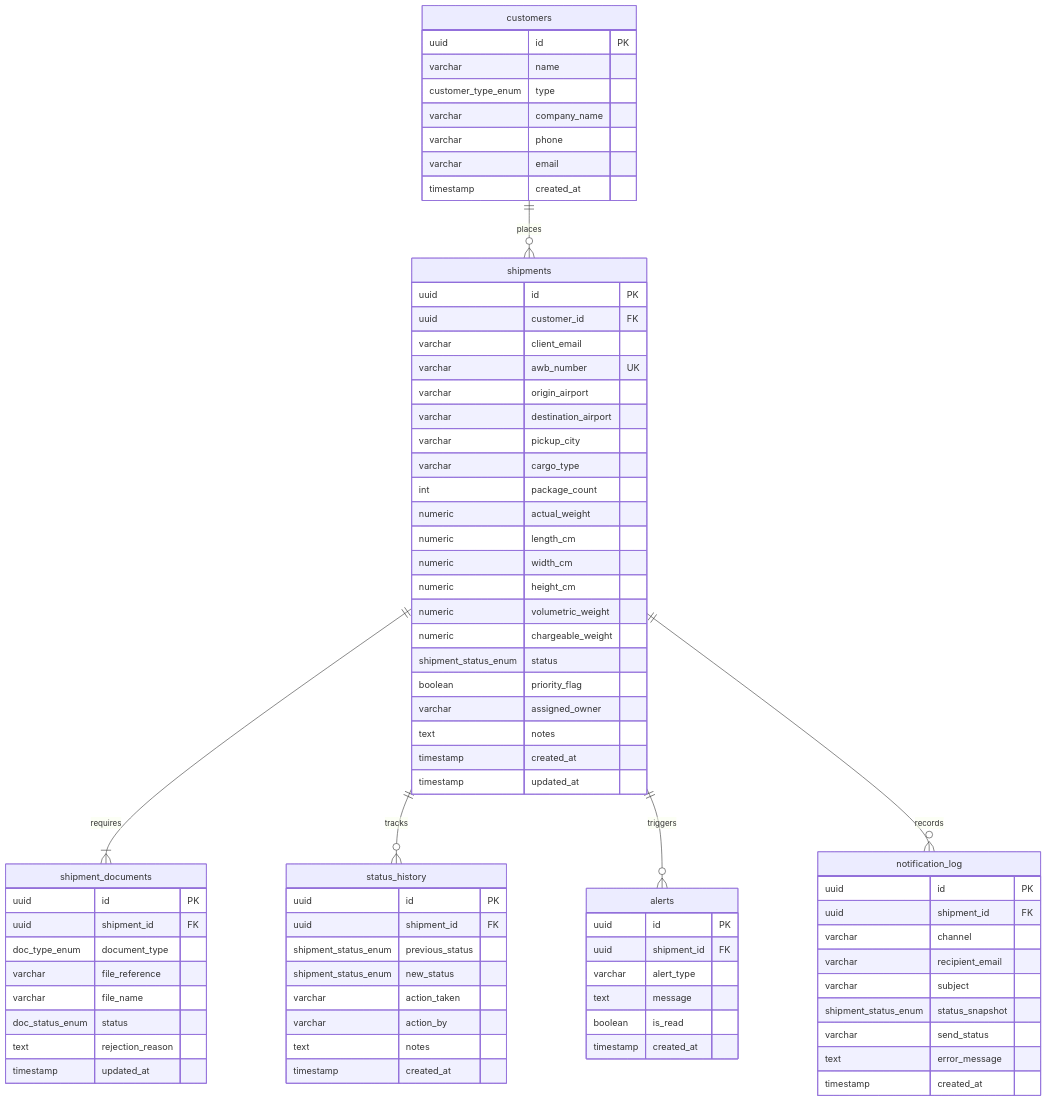
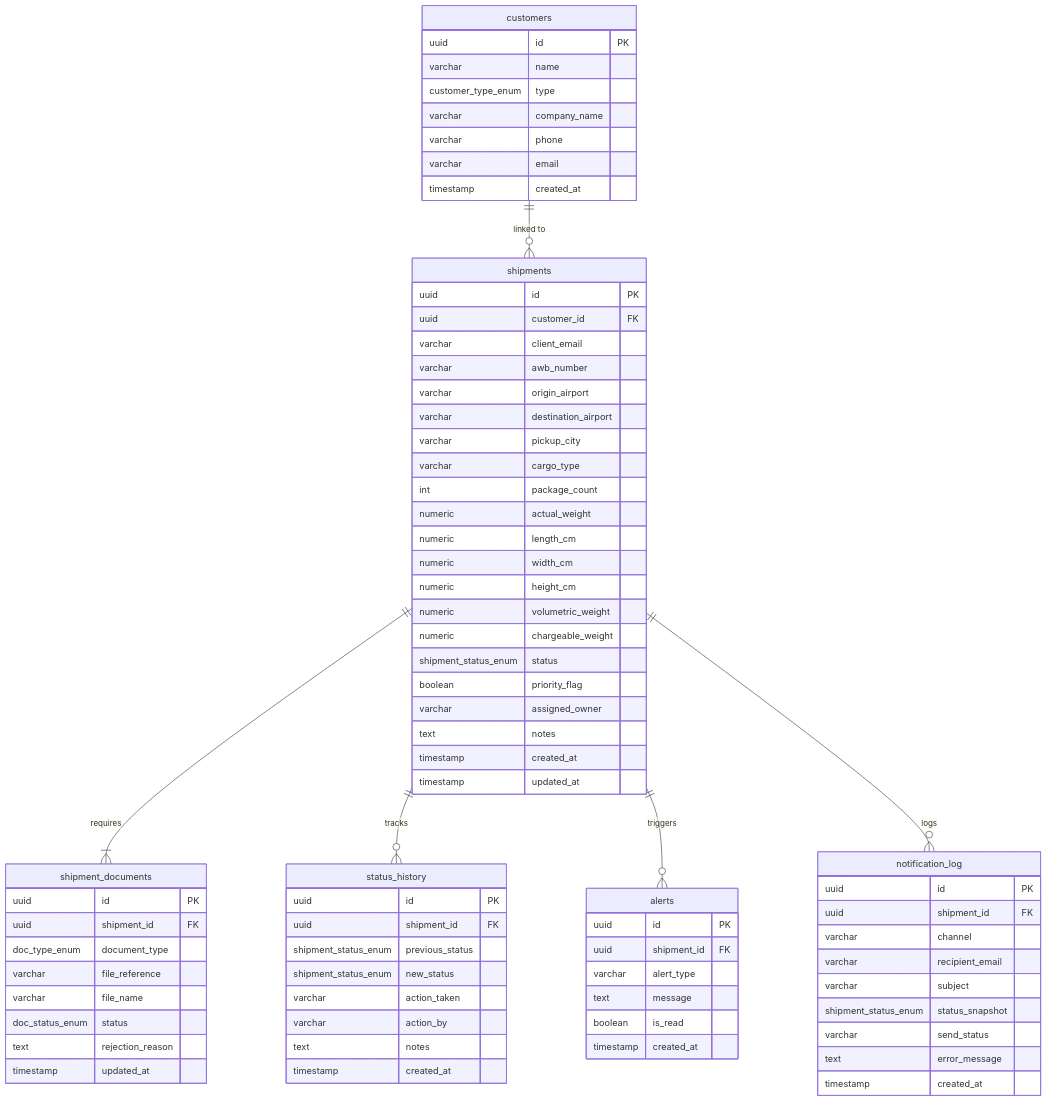
Before and after one commit to kolajason3/Airway_Bill_and_Document_Tracker: the diagram in docs/er-diagram.md, drawn with Mermaid. The commit also changed other lines of this file and 9 other files, not shown here.

````diff
--- a/docs/er-diagram.md
+++ b/docs/er-diagram.md
@@ -18,7 +18,7 @@
         uuid id PK
         uuid customer_id FK
         varchar client_email
-        varchar awb_number UK
+        varchar awb_number
         varchar origin_airport
         varchar destination_airport
         varchar pickup_city
@@ -81,9 +81,9 @@
         timestamp created_at
     }
 
-    customers ||--o{ shipments : "places"
+    customers ||--o{ shipments : "linked to"
     shipments ||--|{ shipment_documents : "requires"
     shipments ||--o{ status_history : "tracks"
     shipments ||--o{ alerts : "triggers"
-    shipments ||--o{ notification_log : "records"
+    shipments ||--o{ notification_log : "logs"
 ```
````
